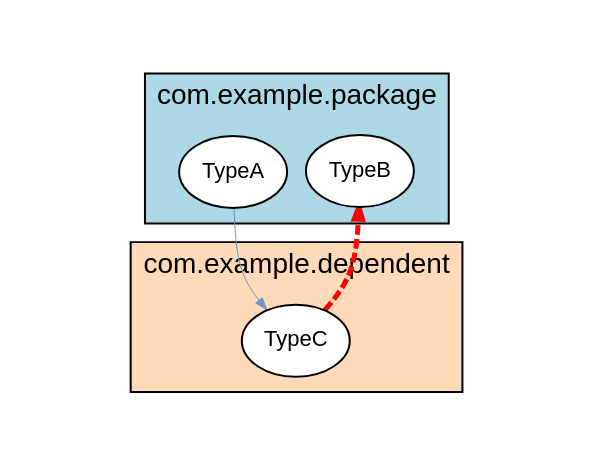
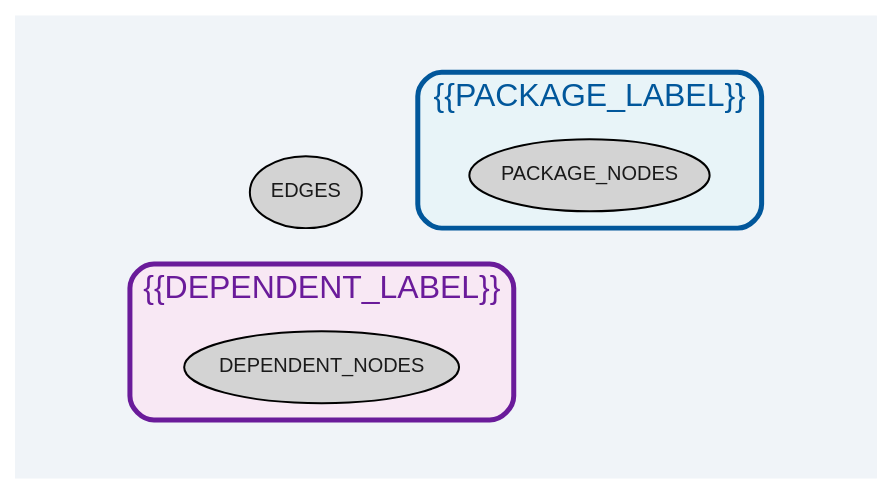
The diagram in domains/cyclic-dependencies/graphs/cycle.template.gv (JohT/code-graph-analysis-pipeline), drawn with Graphviz before and after one commit. The commit also changed 2 other files, not shown here.

Commit message:
Improve cycle graph visualization style

```diff
--- a/domains/cyclic-dependencies/graphs/cycle.template.gv
+++ b/domains/cyclic-dependencies/graphs/cycle.template.gv
@@ -1,34 +1,38 @@
-// This is a GraphViz dot template file for the visualization of cyclic dependency graphs.
-// Forward dependencies (blue solid arrows) show the dominant cycle direction.
-// Backward dependencies (red dashed arrows) are the candidates to remove to break the cycle.
-// Package or module clusters group type nodes by their containing code unit.
-// The main part of the template is marked by the comments "Begin-Template" and "End-Template".
-// It also contains a simple example graph.
-//
-strict digraph cycle_template {
-    //Begin-Template
+strict digraph cycle {
     graph [layout = "fdp"; start = "7"; splines = "curved"; pad = "0.8,0.4"; outputorder = "edgesfirst";];
-    graph [fontname = "Helvetica,Arial,sans-serif"; labelloc = "t";];
-    node [fontname = "Helvetica,Arial,sans-serif"; style = "filled"; fillcolor = "white";];
-    node [fontsize = 11; margin = "0.05,0.05";];
-    edge [fontsize = 9; arrowsize = "0.6";];
-    //End-Template
+    graph [fontname = "Arial"; labelloc = "t"; bgcolor = "#F0F4F8";];
+    node [fontname = "Arial"; style = "filled"; fontcolor = "#1A1A1A"; fontsize = 10; margin = "0.08,0.06";];
+    edge [fontsize = 8; arrowsize = "0.5"; color = "#B0BEC5"; arrowcolor = "#B0BEC5";];
 
     subgraph cluster_package {
-        label = "com.example.package";
-        style = "filled";
-        fillcolor = "lightblue";
-        "TypeA";
-        "TypeB";
+        label = "{{PACKAGE_LABEL}}";
+        style = "filled,rounded";
+        fillcolor = "#E8F4F8";
+        color = "#01579B";
+        penwidth = "2.5";
+        labeljust = "c";
+        fontname = "Arial";
+        fontsize = 16;
+        fontcolor = "#01579B";
+        labelfontname = "Arial";
+        labelfontsize = 16;
+        {{PACKAGE_NODES}}
     }
 
     subgraph cluster_dependent {
-        label = "com.example.dependent";
-        style = "filled";
-        fillcolor = "peachpuff";
-        "TypeC";
+        label = "{{DEPENDENT_LABEL}}";
+        style = "filled,rounded";
+        fillcolor = "#F8E8F4";
+        color = "#6A1B9A";
+        penwidth = "2.5";
+        labeljust = "c";
+        fontname = "Arial";
+        fontsize = 16;
+        fontcolor = "#6A1B9A";
+        labelfontname = "Arial";
+        labelfontsize = 16;
+        {{DEPENDENT_NODES}}
     }
 
-    "TypeA" -> "TypeC" [color = "#6699CC"; penwidth = "0.5"];
-    "TypeC" -> "TypeB" [color = "red"; penwidth = "2.5"; style = "dashed";];
+    {{EDGES}}
 }
```
